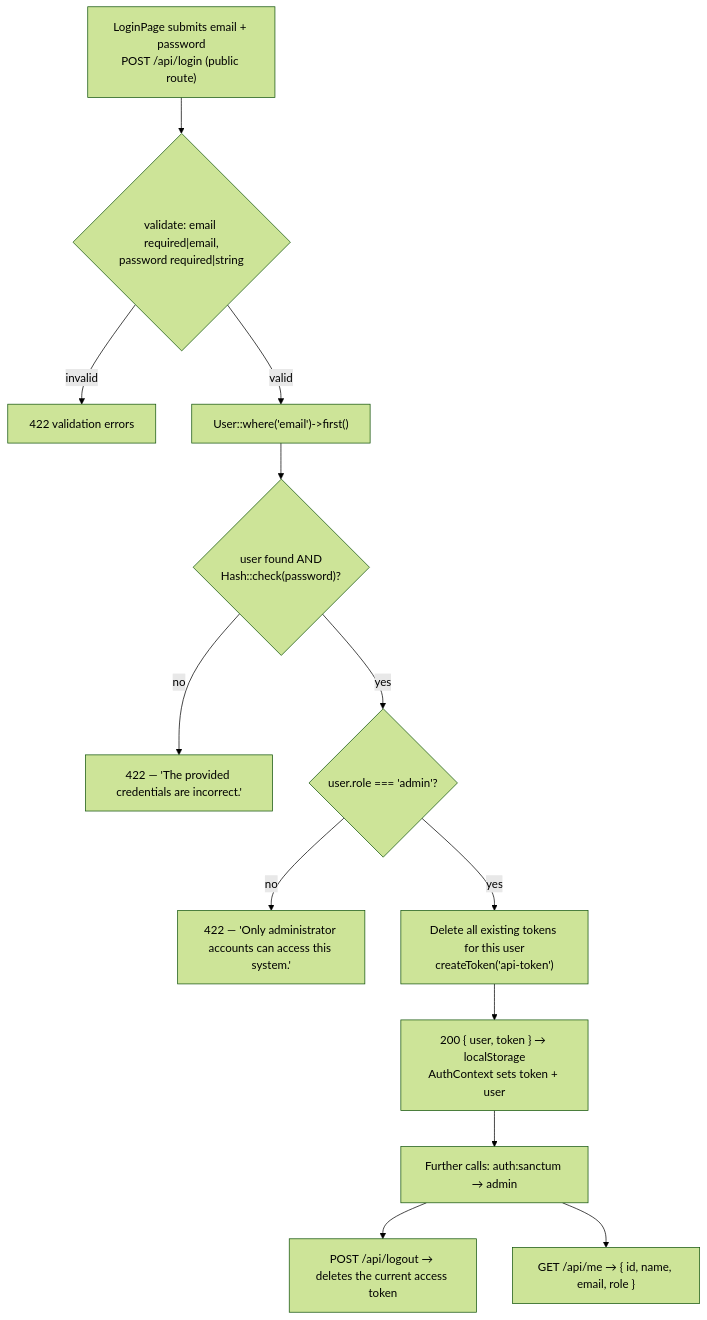
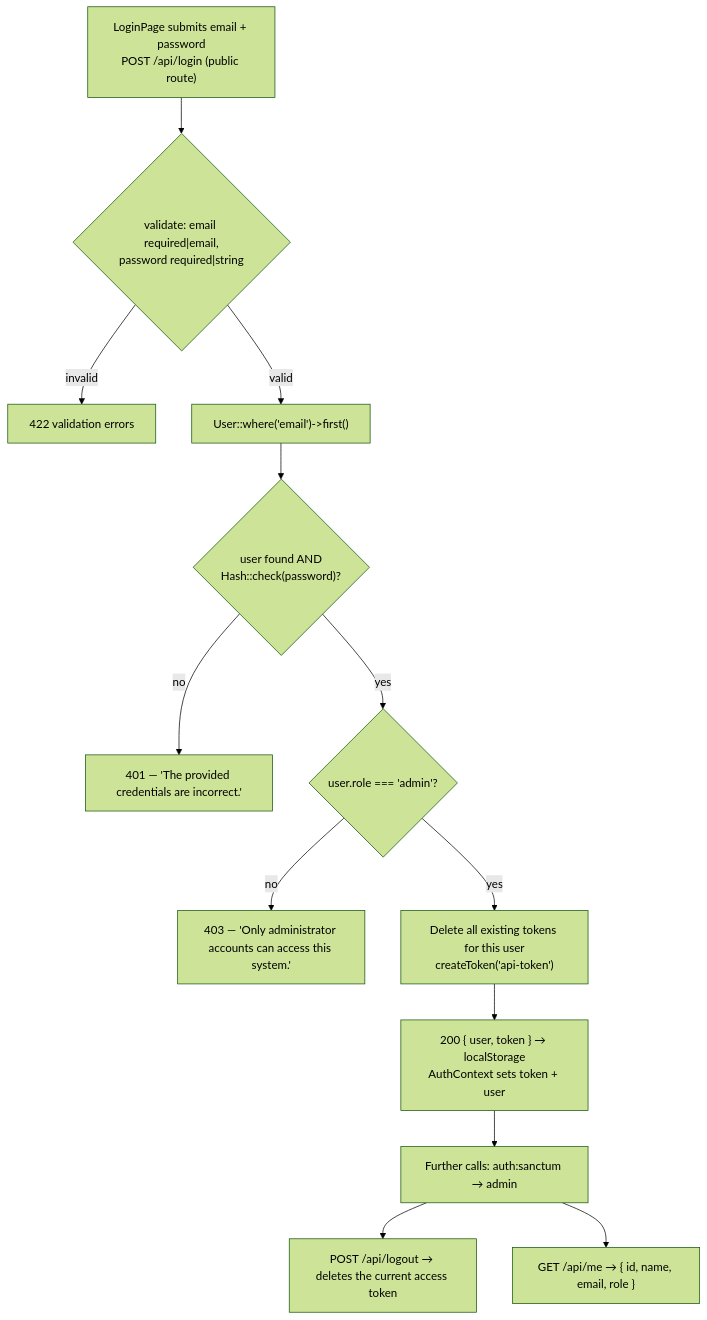
Before and after one commit to KiroOoo-arch/IT-faculty-scheduling-system: the third of 7 diagrams in documentation/Program-Flow.md, drawn with Mermaid (forest theme). The commit also changed other lines of this file and 44 other files, not shown here.

````diff
--- a/documentation/Program-Flow.md
+++ b/documentation/Program-Flow.md
@@ -143,15 +147,15 @@
 ```mermaid
 flowchart TD
     A["LoginPage submits email + password<br/>POST /api/login (public route)"] --> B{"validate: email required|email,<br/>password required|string"}
     B -- "invalid" --> B1["422 validation errors"]
     B -- "valid" --> C["User::where('email')->first()"]
     C --> D{"user found AND<br/>Hash::check(password)?"}
-    D -- "no" --> D1["422 — 'The provided credentials are incorrect.'"]
+    D -- "no" --> D1["401 — 'The provided credentials are incorrect.'"]
     D -- "yes" --> E{"user.role === 'admin'?"}
-    E -- "no" --> E1["422 — 'Only administrator accounts can access this system.'"]
+    E -- "no" --> E1["403 — 'Only administrator accounts can access this system.'"]
     E -- "yes" --> F["Delete all existing tokens for this user<br/>createToken('api-token')"]
     F --> G["200 { user, token } → localStorage<br/>AuthContext sets token + user"]
     G --> H["Further calls: auth:sanctum → admin"]
     H --> I["POST /api/logout → deletes the current access token"]
     H --> J["GET /api/me → { id, name, email, role }"]
 ```
````
